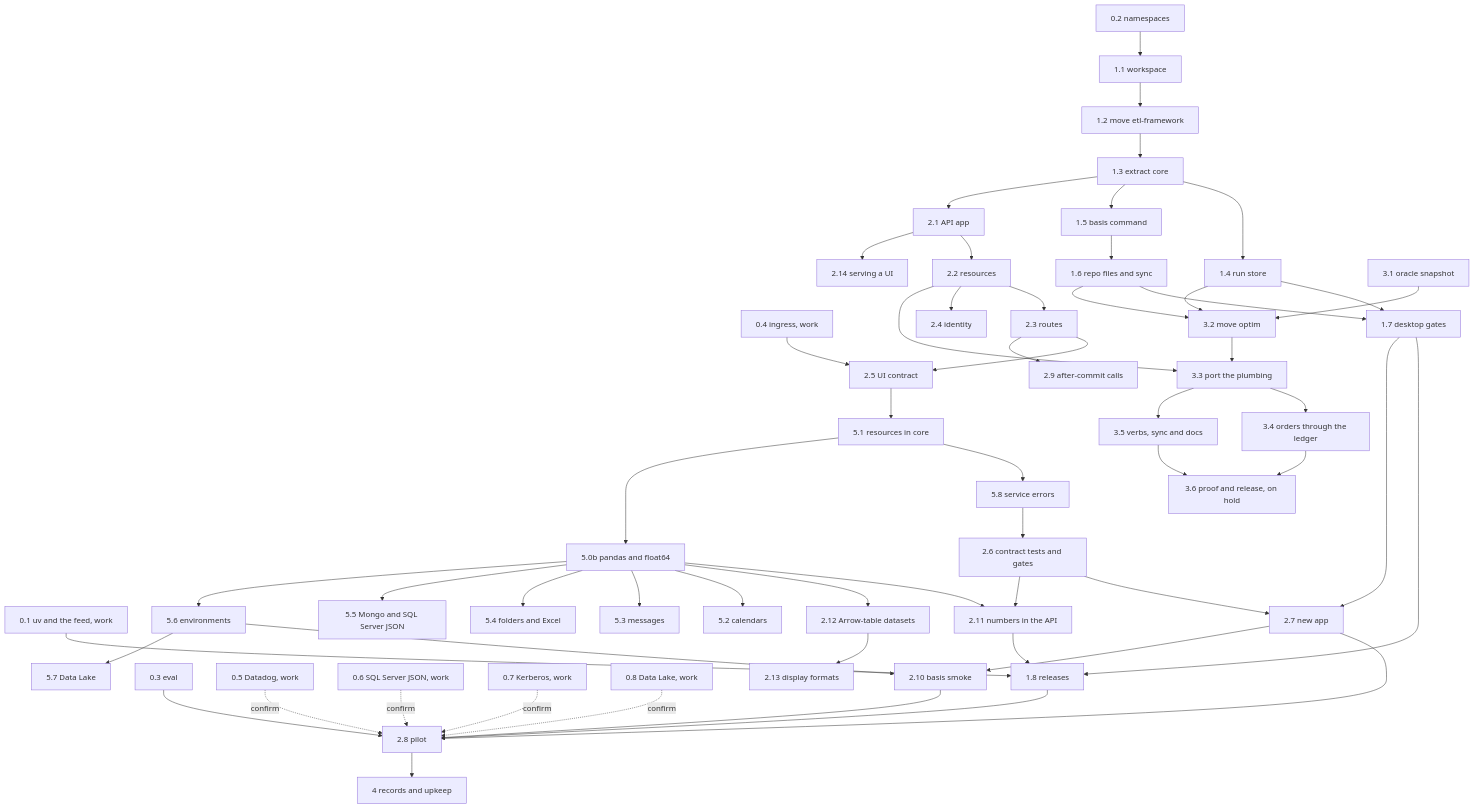
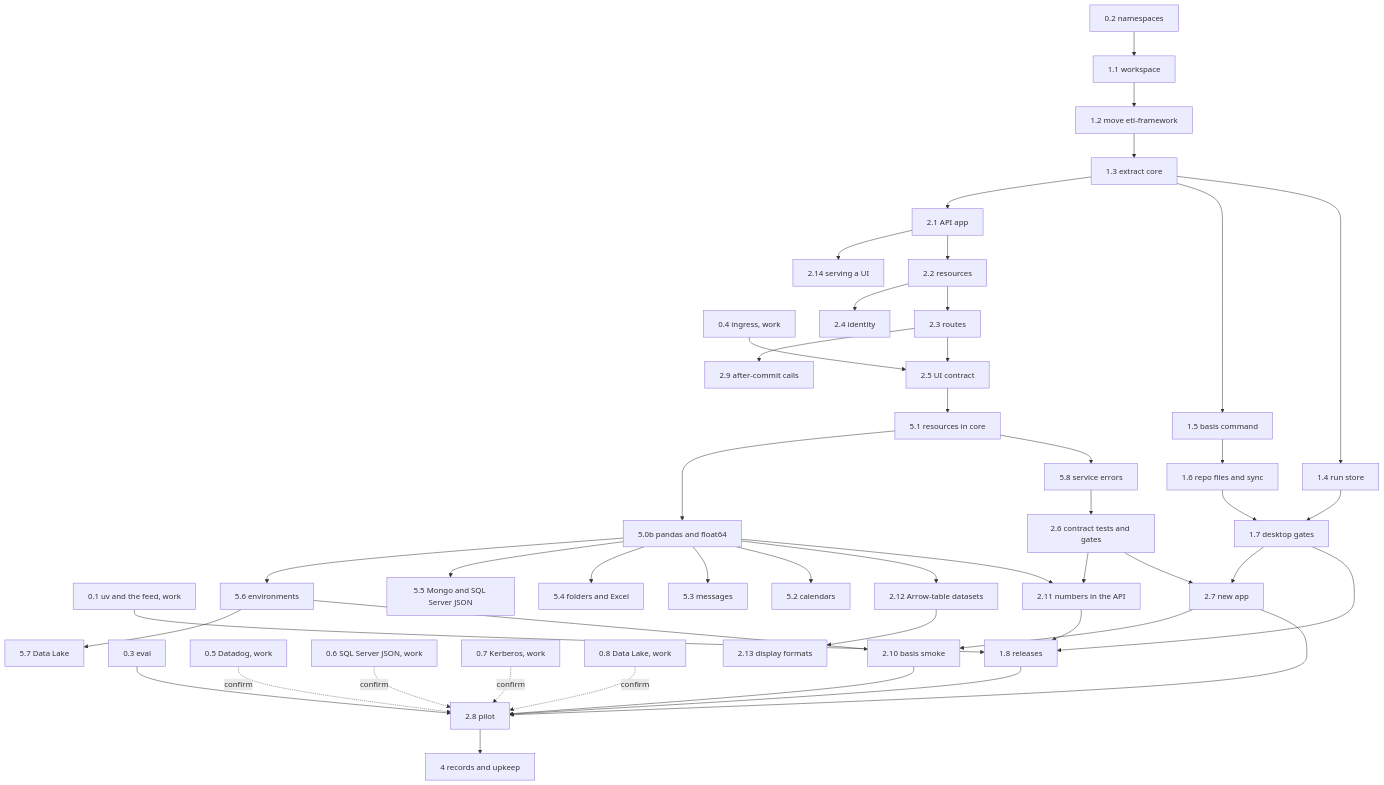
The diagram in docs/roadmap.md (jacobragsdale/basis), drawn with Mermaid before and after one commit. The commit also changed other lines of this file and 7 other files, not shown here.

````diff
--- a/docs/roadmap.md
+++ b/docs/roadmap.md
@@ -31,40 +31,35 @@
 ```mermaid
 flowchart TD
   s01[0.1 uv and the feed, work] --> r8[1.8 releases]
   s02[0.2 namespaces] --> r1[1.1 workspace]
   s03[0.3 eval] --> a8[2.8 pilot]
   s04[0.4 ingress, work] --> a5[2.5 UI contract]
   s05[0.5 Datadog, work] -. confirm .-> a8
   s06[0.6 SQL Server JSON, work] -. confirm .-> a8
   s07[0.7 Kerberos, work] -. confirm .-> a8
   s08[0.8 Data Lake, work] -. confirm .-> a8
   r1 --> r2[1.2 move etl-framework] --> r3[1.3 extract core]
   r3 --> r4[1.4 run store]
   r3 --> r5[1.5 basis command] --> r6[1.6 repo files and sync] --> r7[1.7 desktop gates]
   r4 --> r7
   r7 --> r8
   r3 --> a1[2.1 API app] --> a2[2.2 resources] --> a3[2.3 routes] --> a5 --> c1[5.1 resources in core] --> c8[5.8 service errors] --> a6[2.6 contract tests and gates] --> a7[2.7 new app] --> a8
   a2 --> a4[2.4 identity]
   a1 --> a14[2.14 serving a UI]
   a6 --> a11[2.11 numbers in the API] --> r8
   c0 --> a11
   c0 --> a12[2.12 Arrow-table datasets] --> a13[2.13 display formats]
   a3 --> a9[2.9 after-commit calls]
   r7 --> a7
   r8 --> a8
   a7 --> a10[2.10 basis smoke]
   c6 --> a10
   a10 --> a8
-  r4 --> o2[3.2 move optim]
-  r6 --> o2
-  o1[3.1 oracle snapshot] --> o2 --> o3[3.3 port the plumbing] --> o4[3.4 orders through the ledger] --> o6[3.6 proof and release, on hold]
-  a2 --> o3
-  o3 --> o5[3.5 verbs, sync and docs] --> o6
   a8 --> g[4 records and upkeep]
   c1 --> c0[5.0b pandas and float64]
   c0 --> c2[5.2 calendars]
   c0 --> c3[5.3 messages]
   c0 --> c4[5.4 folders and Excel]
   c0 --> c5[5.5 Mongo and SQL Server JSON]
   c0 --> c6[5.6 environments] --> c7[5.7 Data Lake]
 ```
````
